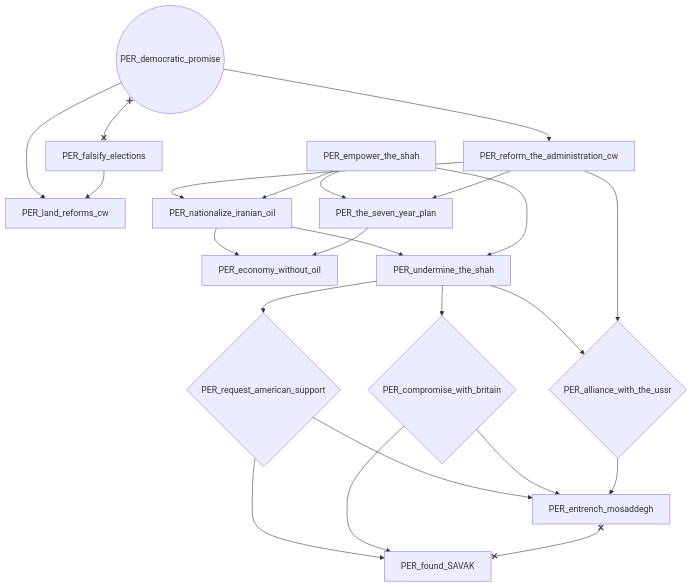
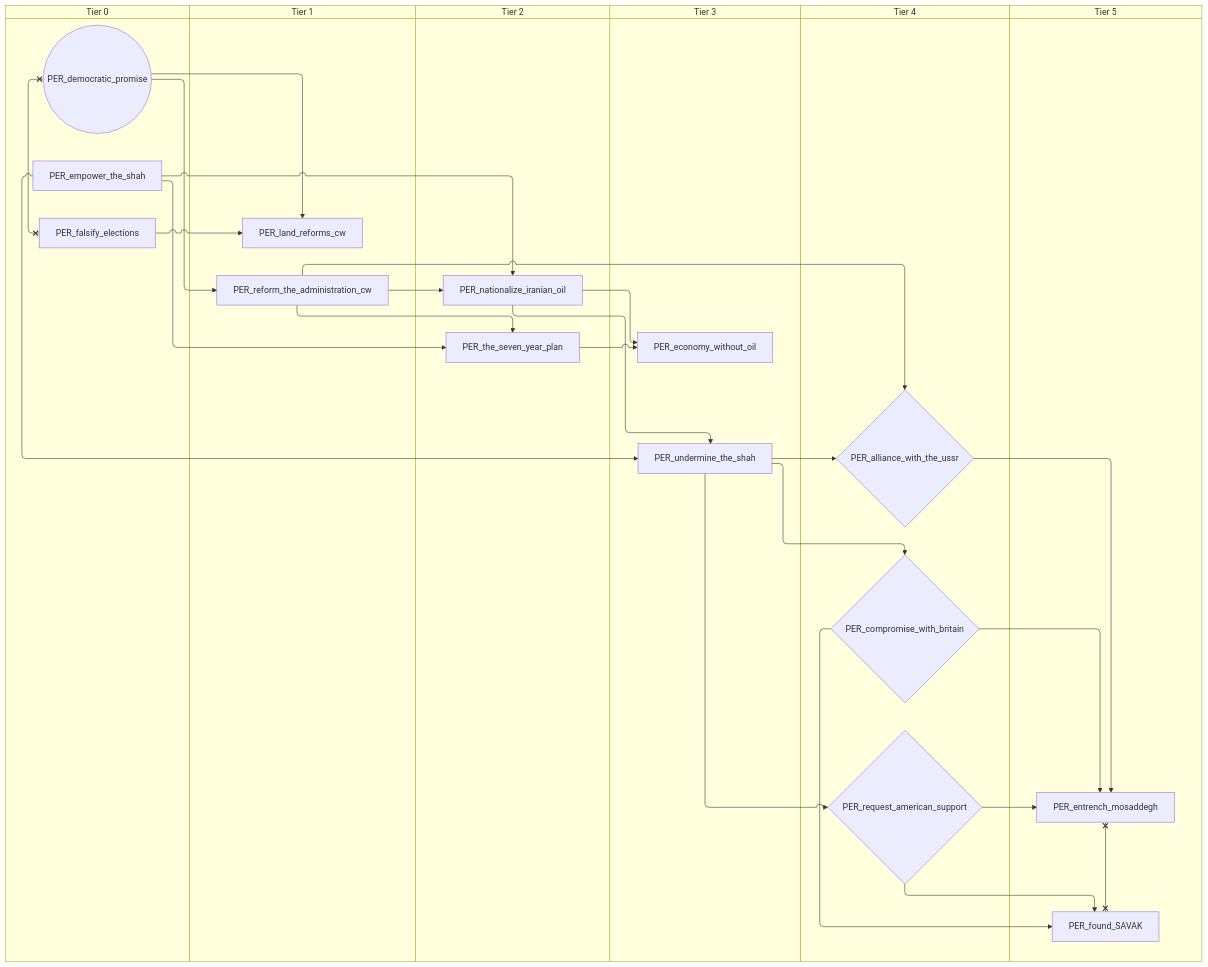
Before and after one commit to evgeny-sobol/hoi4-sandbox-mode-r56: the fourth of 9 diagrams in docs/gdd/National Focuses/r56/r56_persia.md, drawn with Mermaid. The commit also changed other lines of this file and 423 other files, not shown here.

First line of the commit message:
Re-export Rt56 focus trees as swimlane diagrams

````diff
--- a/docs/gdd/National Focuses/r56/r56_persia.md
+++ b/docs/gdd/National Focuses/r56/r56_persia.md
@@ -206,39 +242,51 @@
 ```mermaid
-flowchart TD
-    n60{"PER_alliance_with_the_ussr"}
-    n61{"PER_compromise_with_britain"}
-    n62(("PER_democratic_promise"))
-    n63["PER_economy_without_oil"]
-    n64["PER_empower_the_shah"]
-    n65["PER_entrench_mosaddegh"]
-    n66["PER_falsify_elections"]
-    n67["PER_found_SAVAK"]
-    n68["PER_land_reforms_cw"]
-    n69["PER_nationalize_iranian_oil"]
-    n70["PER_reform_the_administration_cw"]
-    n71{"PER_request_american_support"}
-    n72["PER_the_seven_year_plan"]
-    n73["PER_undermine_the_shah"]
-    n73 --> n60
-    n70 --> n60
-    n73 --> n61
-    n69 --> n63
-    n72 --> n63
-    n71 --> n65
+swimlane-beta TD
+    subgraph tier_0["Tier 0"]
+        n60(("PER_democratic_promise"))
+        n61["PER_empower_the_shah"]
+        n62["PER_falsify_elections"]
+    end
+    subgraph tier_1["Tier 1"]
+        n63["PER_land_reforms_cw"]
+        n64["PER_reform_the_administration_cw"]
+    end
+    subgraph tier_2["Tier 2"]
+        n65["PER_nationalize_iranian_oil"]
+        n66["PER_the_seven_year_plan"]
+    end
+    subgraph tier_3["Tier 3"]
+        n67["PER_economy_without_oil"]
+        n68["PER_undermine_the_shah"]
+    end
+    subgraph tier_4["Tier 4"]
+        n69{"PER_alliance_with_the_ussr"}
+        n70{"PER_compromise_with_britain"}
+        n71{"PER_request_american_support"}
+    end
+    subgraph tier_5["Tier 5"]
+        n72["PER_entrench_mosaddegh"]
+        n73["PER_found_SAVAK"]
+    end
+    n68 --> n69
+    n64 --> n69
+    n68 --> n70
+    n65 --> n67
+    n66 --> n67
+    n71 --> n72
+    n70 --> n72
+    n69 --> n72
+    n71 --> n73
+    n70 --> n73
+    n60 --> n63
+    n62 --> n63
+    n64 --> n65
     n61 --> n65
-    n60 --> n65
-    n71 --> n67
-    n61 --> n67
-    n62 --> n68
-    n66 --> n68
-    n70 --> n69
-    n64 --> n69
-    n62 --> n70
-    n73 --> n71
-    n64 --> n72
-    n70 --> n72
-    n69 --> n73
-    n64 --> n73
-    n62 x--x n66
-    n65 x--x n67
+    n60 --> n64
+    n68 --> n71
+    n61 --> n66
+    n64 --> n66
+    n65 --> n68
+    n61 --> n68
+    n60 x--x n62
+    n72 x--x n73
 ```
````
